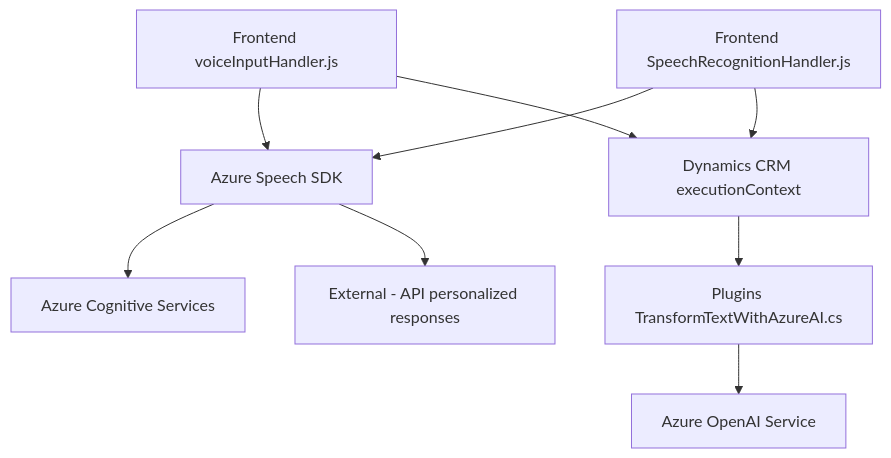
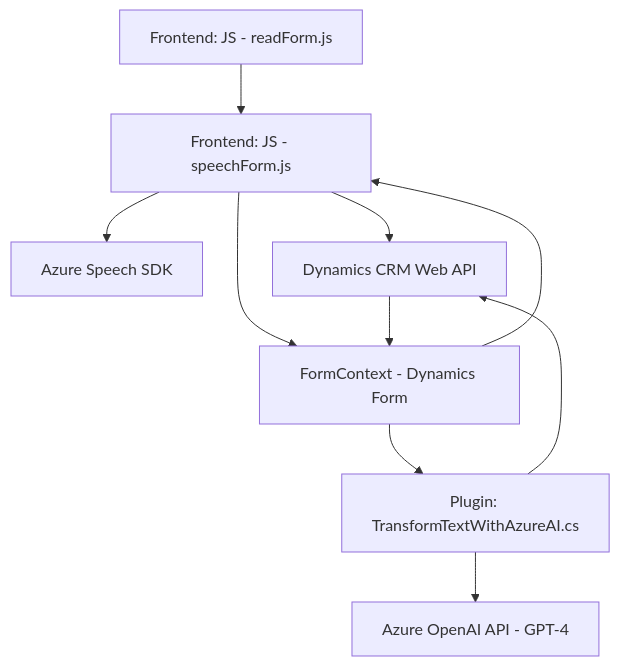
The diagram in README.md (blopezdm/NETCORE_BILBAO2025), drawn with Mermaid before and after one commit. The commit also changed other lines of this file, not shown here.

````diff
--- a/README.md
+++ b/README.md
@@ -32,12 +45,20 @@
 ```mermaid
 graph TD
-    A["Frontend voiceInputHandler.js"] --> B["Azure Speech SDK"]
-    C["Frontend SpeechRecognitionHandler.js"] --> B
-    D["Azure Cognitive Services"]
+    A["Frontend: JS - readForm.js"]
+    B["Frontend: JS - speechForm.js"]
+    C["Azure Speech SDK"]
+    D["Dynamics CRM Web API"]
+    E["Plugin: TransformTextWithAzureAI.cs"]
+    F["Azure OpenAI API - GPT-4"]
+    G["FormContext - Dynamics Form"]
+
+    A --> B
     B --> D
-    B --> E["External - API personalized responses"]
-    F["Plugins TransformTextWithAzureAI.cs"] --> G["Azure OpenAI Service"]
-    H["Dynamics CRM executionContext"] --> F
-    C --> H
-    A --> H
+    B --> C
+    B --> G
+    D --> G
+    G --> B
+    E --> F
+    G --> E
+    E --> D
 ```
````
